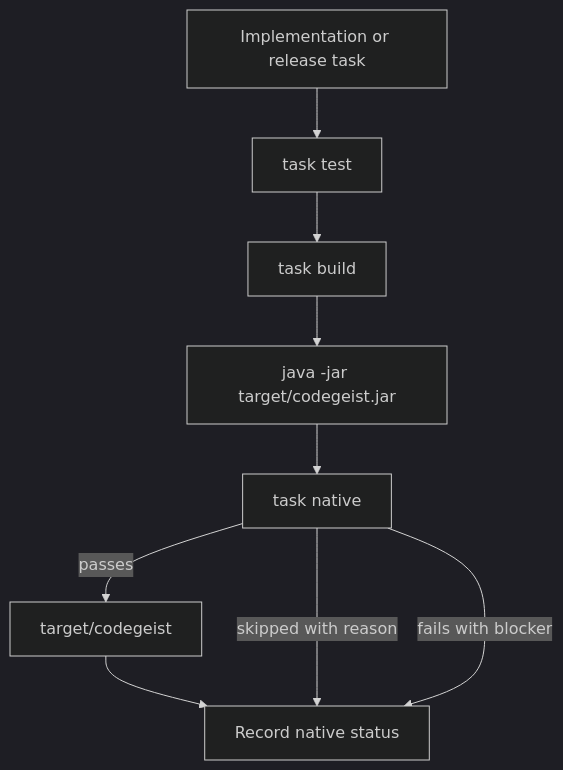
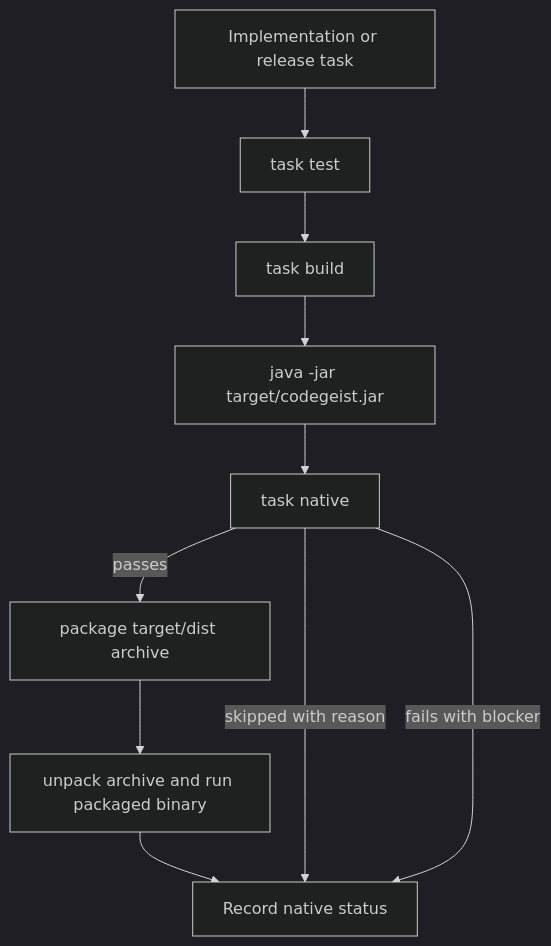
The diagram in docs/developer/specification/native-packaging-posture.md (codegeist-ai/codegeist), drawn with Mermaid (dark theme) before and after one commit. The commit also changed other lines of this file and 25 other files, not shown here.

````diff
--- a/docs/developer/specification/native-packaging-posture.md
+++ b/docs/developer/specification/native-packaging-posture.md
@@ -121,16 +121,17 @@
 ```mermaid
 flowchart TD
     Change[Implementation or release task]
     Tests[task test]
     Jar[task build]
     JarSmoke[java -jar target/codegeist.jar]
     Native[task native]
-    NativeSmoke[target/codegeist]
+    NativePackage[package target/dist archive]
+    NativeSmoke[unpack archive and run packaged binary]
     Record[Record native status]
 
     Change --> Tests --> Jar --> JarSmoke
     JarSmoke --> Native
-    Native -->|passes| NativeSmoke --> Record
+    Native -->|passes| NativePackage --> NativeSmoke --> Record
     Native -->|skipped with reason| Record
     Native -->|fails with blocker| Record
 ```
````
